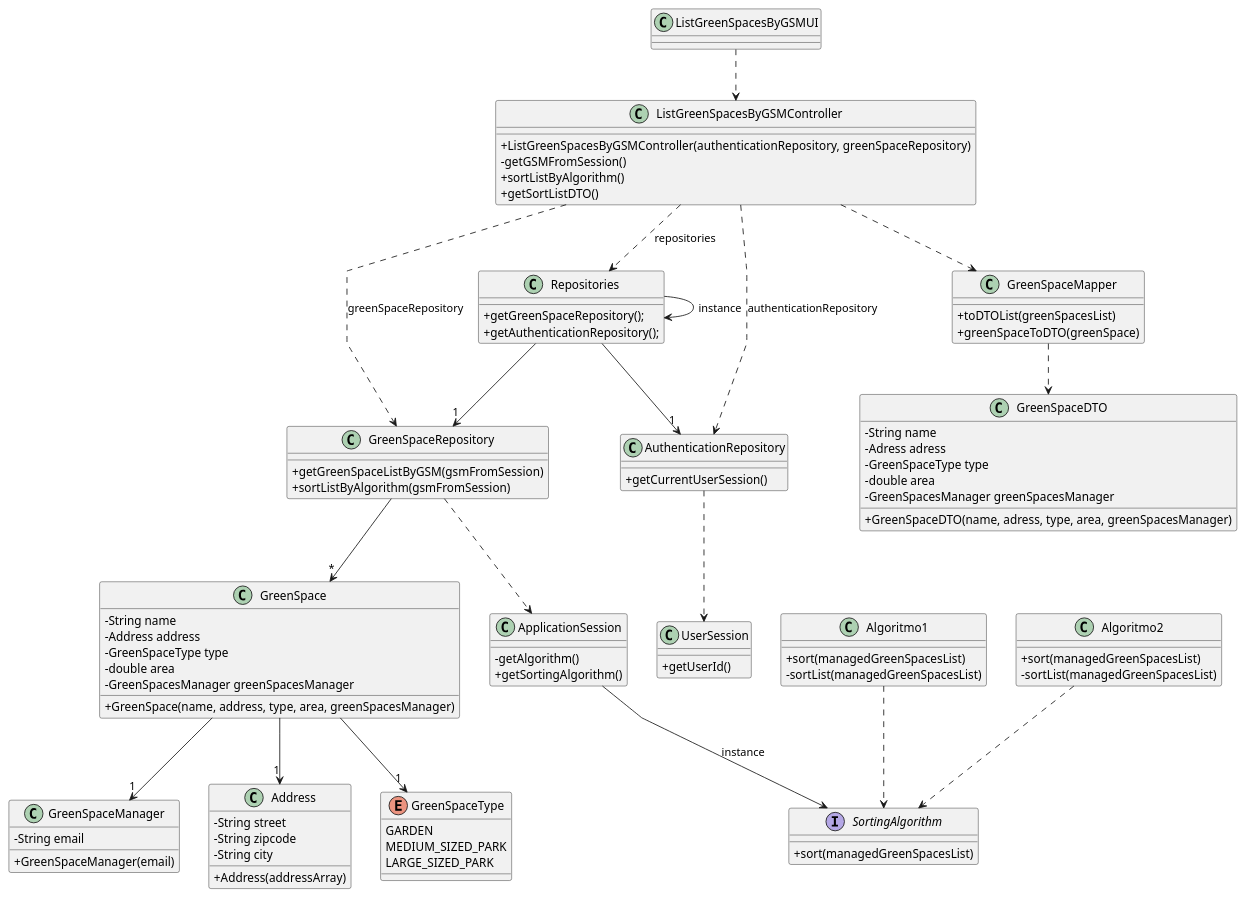
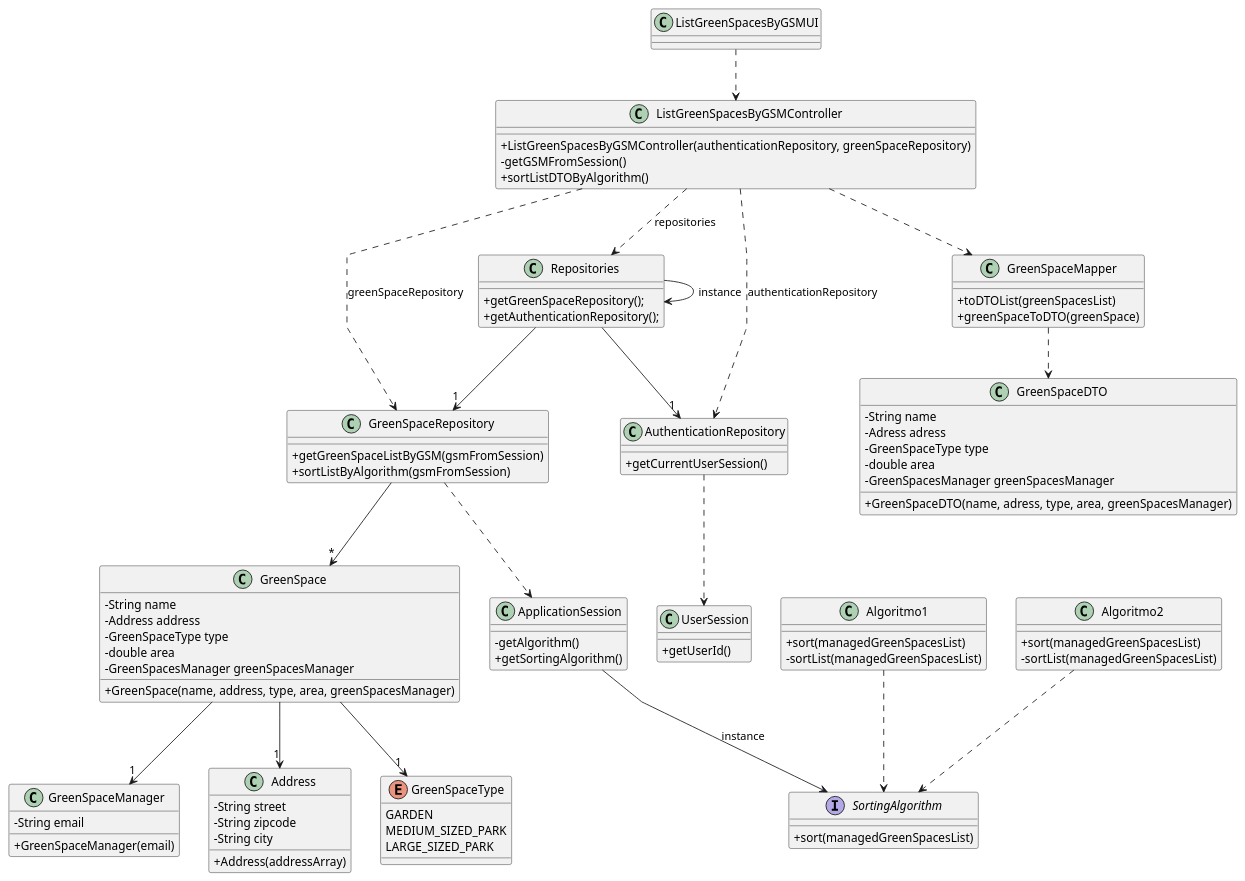
Before and after one commit to daniel41silva05/ISEP_2023_2024_LAPR2: the diagram in docs/sprintA&B&C/us027/03.design/puml/us027-class-diagram.puml, drawn with PlantUML. The commit also changed 3 other files, not shown here.

```diff
--- a/docs/sprintA&B&C/us027/03.design/puml/us027-class-diagram.puml
+++ b/docs/sprintA&B&C/us027/03.design/puml/us027-class-diagram.puml
@@ -1,118 +1,117 @@
 @startuml
 skinparam packageStyle rectangle
 skinparam shadowing false
 skinparam linetype polyline
 
 skinparam classAttributeIconSize 0
 
 'left to right direction
 
 class ListGreenSpacesByGSMUI {
 }
 
 class ListGreenSpacesByGSMController {
     +ListGreenSpacesByGSMController(authenticationRepository, greenSpaceRepository)
     -getGSMFromSession()
-    +sortListByAlgorithm()
-    +getSortListDTO()
+    +sortListDTOByAlgorithm()
 }
 
 class GreenSpaceRepository {
     +getGreenSpaceListByGSM(gsmFromSession)
     +sortListByAlgorithm(gsmFromSession)
 }
 
 class GreenSpace {
     -String name
     -Address address
     -GreenSpaceType type
     -double area
     -GreenSpacesManager greenSpacesManager
     +GreenSpace(name, address, type, area, greenSpacesManager)
 }
 
 class GreenSpaceManager{
     -String email
     +GreenSpaceManager(email)
 }
 
 class Address{
     -String street
     -String zipcode
     -String city
     +Address(addressArray)
 }
 
 enum GreenSpaceType{
     GARDEN
     MEDIUM_SIZED_PARK
     LARGE_SIZED_PARK
 }
 
 class Repositories{
     +getGreenSpaceRepository();
     +getAuthenticationRepository();
 }
 
 class AuthenticationRepository {
     +getCurrentUserSession()
 }
 
 class UserSession {
     +getUserId()
 }
 
 class GreenSpaceDTO {
     -String name
     -Adress adress
     -GreenSpaceType type
     -double area
     -GreenSpacesManager greenSpacesManager
     +GreenSpaceDTO(name, adress, type, area, greenSpacesManager)
 }
 
 class GreenSpaceMapper {
     +toDTOList(greenSpacesList)
     +greenSpaceToDTO(greenSpace)
 }
 
 class ApplicationSession {
     -getAlgorithm()
     +getSortingAlgorithm()
 }
 
 interface SortingAlgorithm {
     +sort(managedGreenSpacesList)
 }
 
 class Algoritmo1 {
     +sort(managedGreenSpacesList)
     -sortList(managedGreenSpacesList)
 }
 
 class Algoritmo2 {
     +sort(managedGreenSpacesList)
     -sortList(managedGreenSpacesList)
 }
 
 
 ListGreenSpacesByGSMUI ..> ListGreenSpacesByGSMController
 ListGreenSpacesByGSMController ..> Repositories: repositories
 ListGreenSpacesByGSMController ..> GreenSpaceRepository: greenSpaceRepository
 ListGreenSpacesByGSMController ..> AuthenticationRepository: authenticationRepository
 AuthenticationRepository ..> UserSession
 Repositories --> Repositories: instance
 Repositories --> "1" GreenSpaceRepository
 Repositories --> "1" AuthenticationRepository
 GreenSpaceRepository --> "*" GreenSpace
 GreenSpace --> "1" GreenSpaceManager
 GreenSpace --> "1" Address
 GreenSpace --> "1" GreenSpaceType
 GreenSpaceRepository ..> ApplicationSession
 ApplicationSession --> SortingAlgorithm: instance
 Algoritmo1 ..> SortingAlgorithm
 Algoritmo2 ..> SortingAlgorithm
 ListGreenSpacesByGSMController ..> GreenSpaceMapper
 GreenSpaceMapper ..> GreenSpaceDTO
 
 @enduml
```
